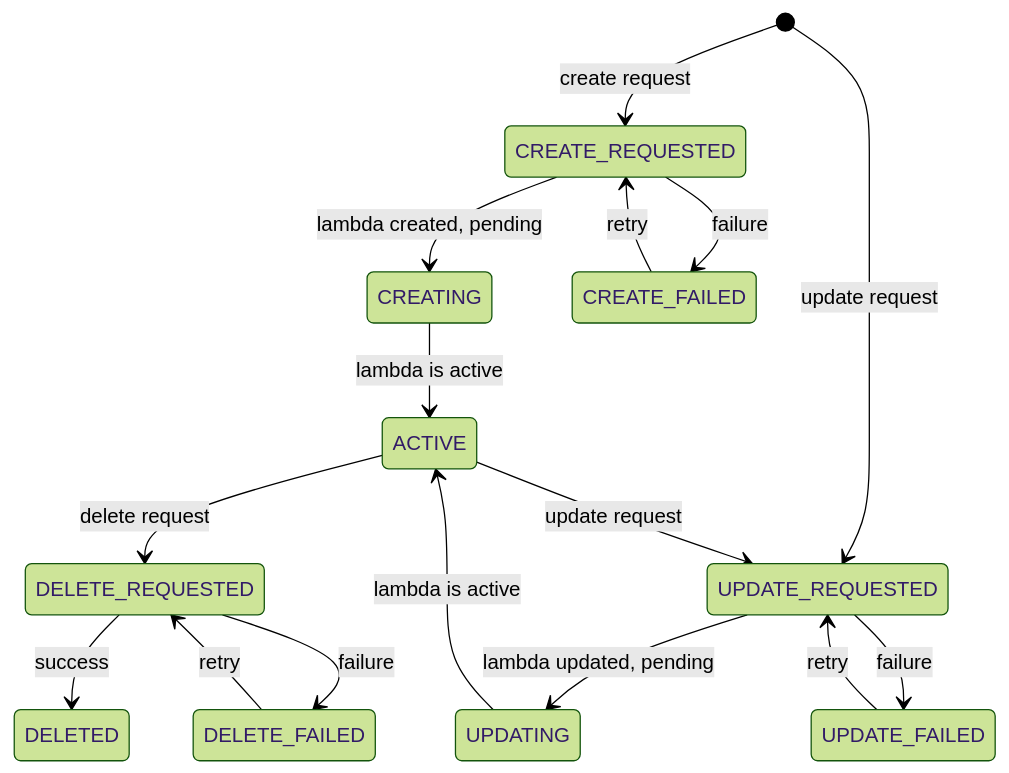
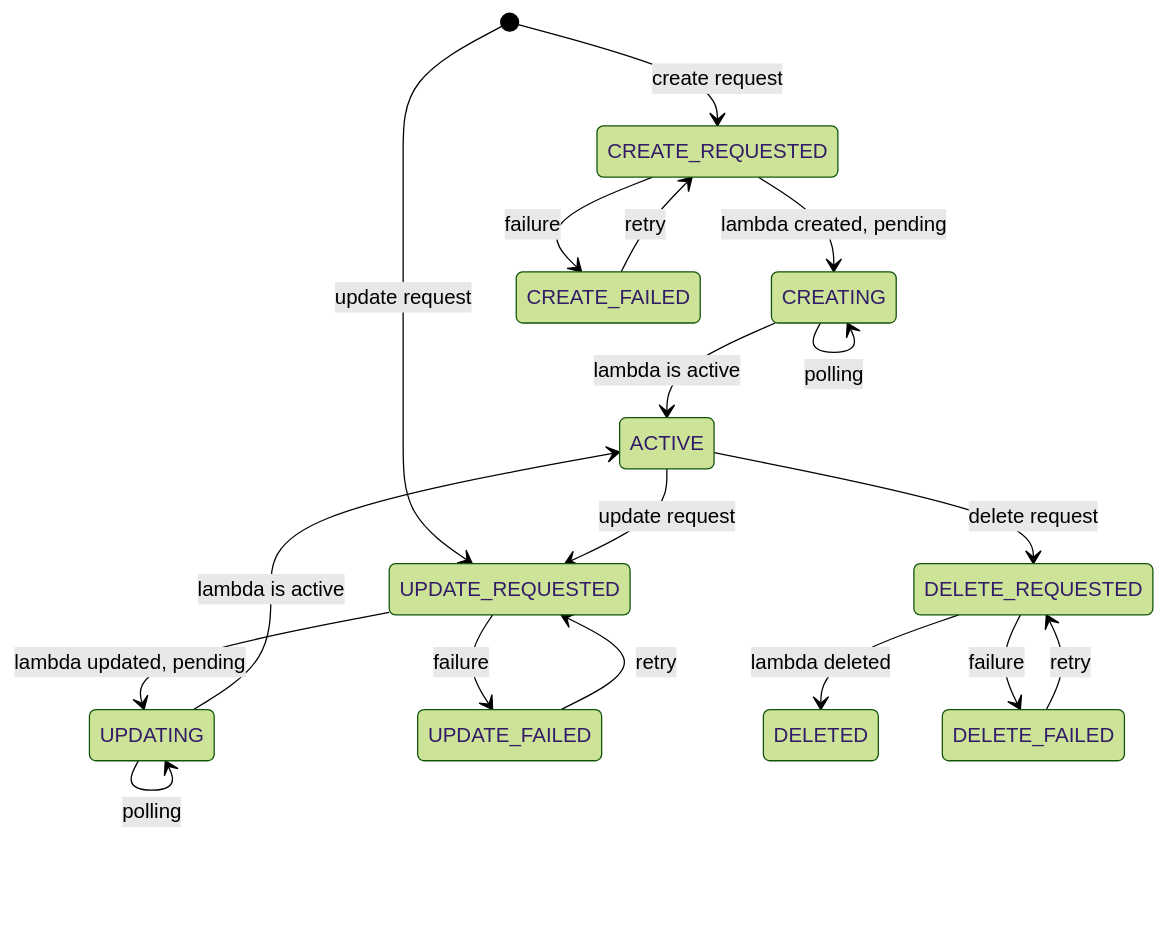
One commit to sergei-vorobev-personal/deploymentmanager changed the sixth of 6 diagrams in README.md. Above: the diagram before and after it, drawn with Mermaid (forest theme).

Commit message:
updated state diagram

````diff
--- a/README.md
+++ b/README.md
@@ -85,18 +85,20 @@
 ```mermaid
 stateDiagram-v2
   [*] --> CREATE_REQUESTED: create request
   [*] --> UPDATE_REQUESTED: update request
   CREATE_REQUESTED --> CREATING: lambda created, pending
   CREATING --> ACTIVE: lambda is active
+  CREATING --> CREATING: polling
   CREATE_REQUESTED --> CREATE_FAILED: failure
   CREATE_FAILED --> CREATE_REQUESTED: retry
   ACTIVE --> UPDATE_REQUESTED: update request
   UPDATE_REQUESTED --> UPDATING: lambda updated, pending
   UPDATING --> ACTIVE: lambda is active
+  UPDATING --> UPDATING: polling
   UPDATE_REQUESTED --> UPDATE_FAILED: failure
   UPDATE_FAILED --> UPDATE_REQUESTED: retry
   ACTIVE --> DELETE_REQUESTED: delete request
-  DELETE_REQUESTED --> DELETED: success
+  DELETE_REQUESTED --> DELETED: lambda deleted
   DELETE_REQUESTED --> DELETE_FAILED: failure
   DELETE_FAILED --> DELETE_REQUESTED: retry
 ```
````
